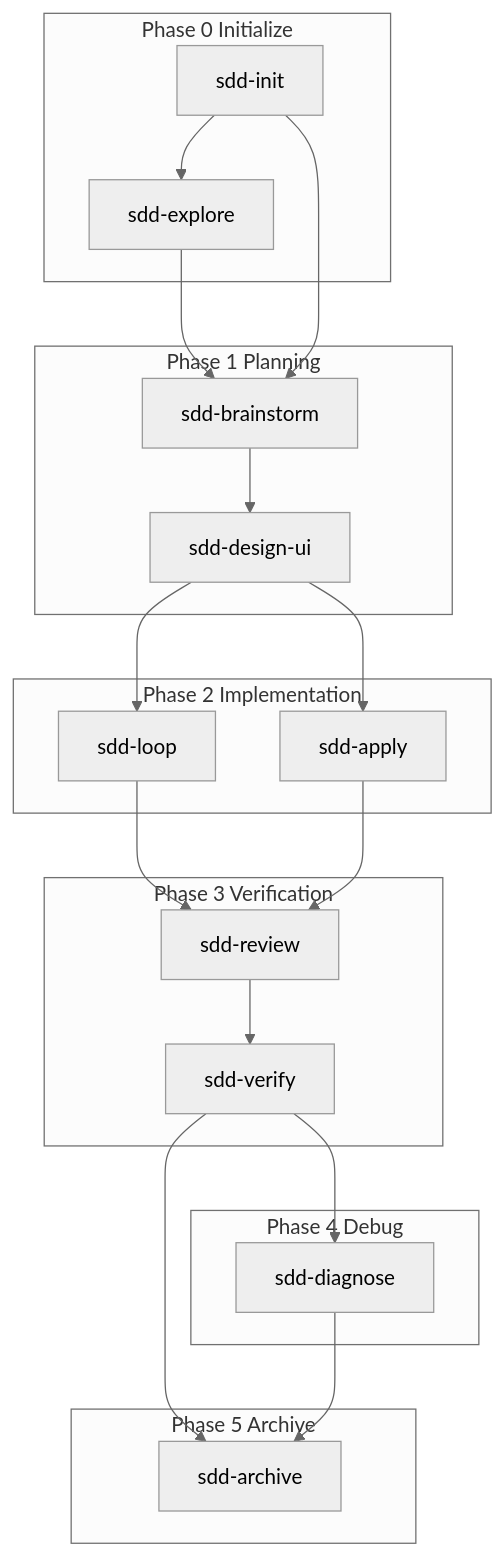
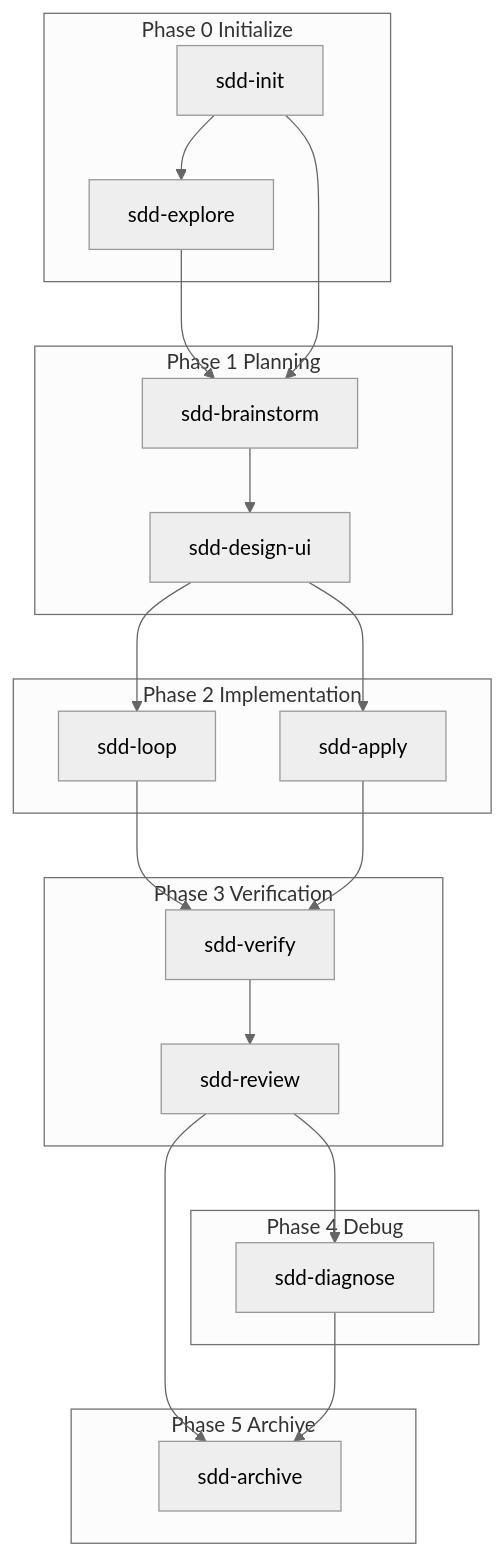
The diagram in docs/03-skillgrid-logic.md (devopstales/skillgrid), drawn with Mermaid (neutral theme) before and after one commit. The commit also changed other lines of this file and 48 other files, not shown here.

````diff
--- a/docs/03-skillgrid-logic.md
+++ b/docs/03-skillgrid-logic.md
@@ -9,43 +9,43 @@
 ```mermaid
 graph TB
   subgraph phase0[Phase 0 Initialize]
     sdd_init["sdd-init"]
     sdd_explore["sdd-explore"]
   end
 
   subgraph phase1[Phase 1 Planning]
     sdd_brainstorm["sdd-brainstorm"]
     sdd_design_ui["sdd-design-ui"]
     sdd_init --> sdd_explore
     sdd_explore --> sdd_brainstorm
     sdd_init --> sdd_brainstorm
     sdd_brainstorm --> sdd_design_ui
   end
 
   subgraph phase2[Phase 2 Implementation]
     sdd_loop["sdd-loop"]
     sdd_apply["sdd-apply"]
   end
 
   subgraph phase3[Phase 3 Verification]
+    sdd_verify["sdd-verify"]
     sdd_review["sdd-review"]
-    sdd_verify["sdd-verify"]
-    sdd_review --> sdd_verify
+    sdd_verify --> sdd_review
   end
 
   subgraph phase4[Phase 4 Debug]
     sdd_diagnose["sdd-diagnose"]
   end
 
   subgraph phase5[Phase 5 Archive]
     sdd_archive["sdd-archive"]
   end
 
   sdd_design_ui --> sdd_loop
   sdd_design_ui --> sdd_apply
-  sdd_loop --> sdd_review
-  sdd_apply --> sdd_review
-  sdd_verify --> sdd_diagnose
-  sdd_verify --> sdd_archive
+  sdd_loop --> sdd_verify
+  sdd_apply --> sdd_verify
+  sdd_review --> sdd_diagnose
+  sdd_review --> sdd_archive
   sdd_diagnose --> sdd_archive
 ```
````
